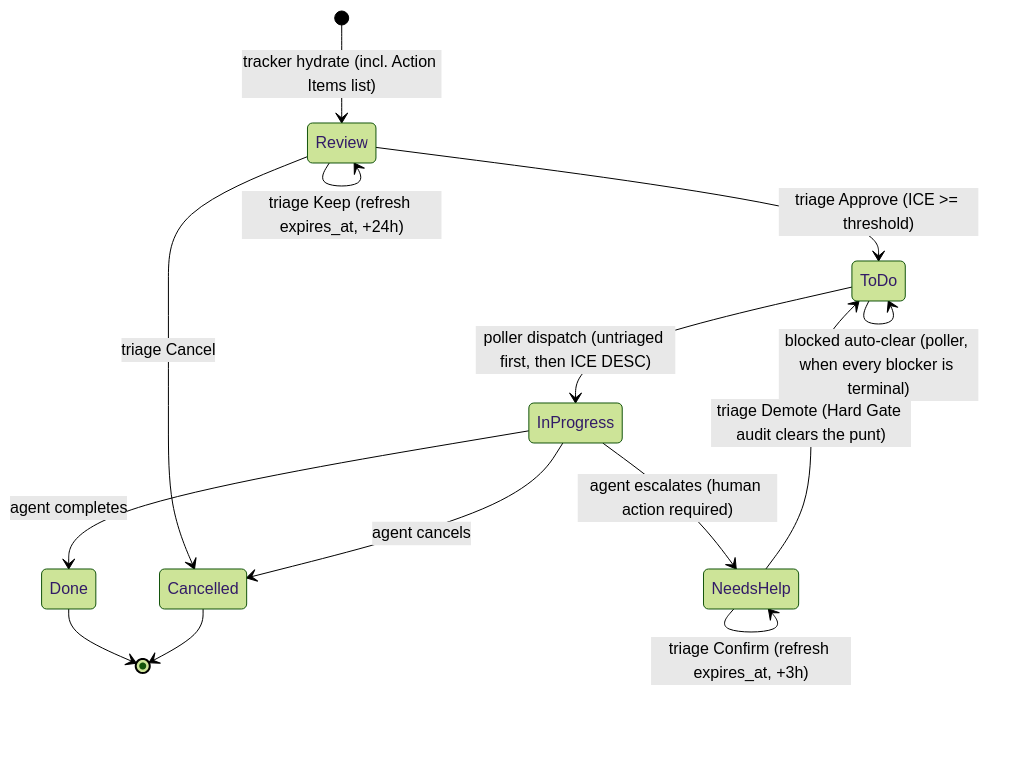
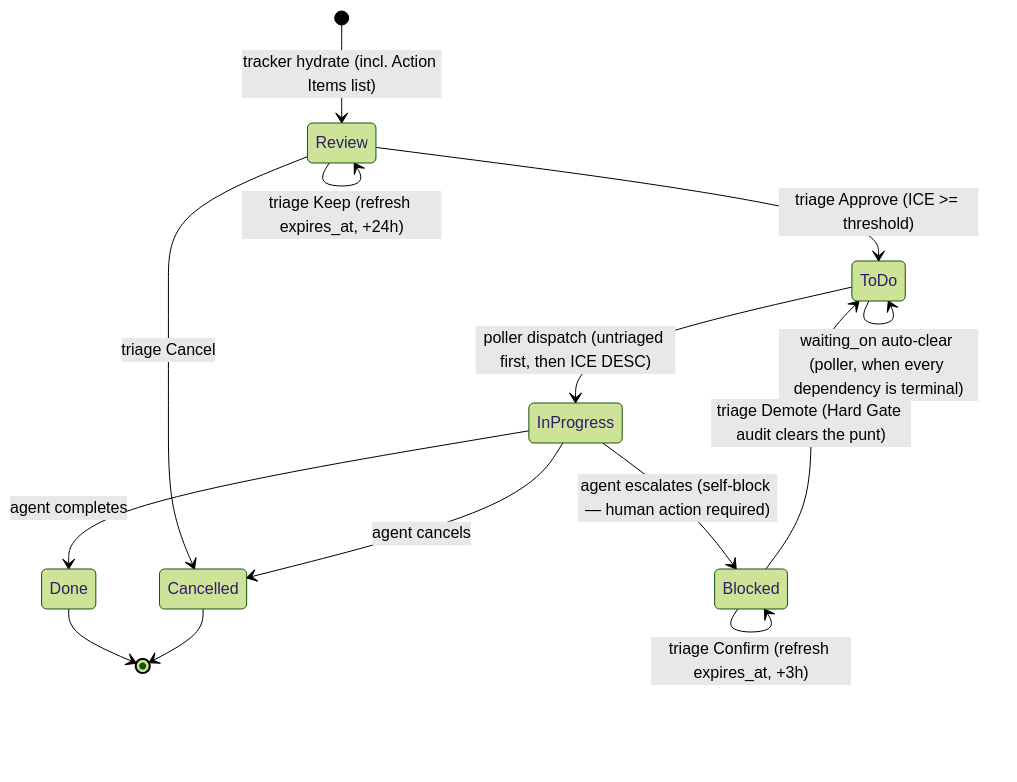
The diagram in issues/skills/issue-card-workflow/SKILL.md (newms87/claude-plugins), drawn with Mermaid (forest theme) before and after one commit. The commit also changed other lines of this file and 10 other files, not shown here.

````diff
--- a/issues/skills/issue-card-workflow/SKILL.md
+++ b/issues/skills/issue-card-workflow/SKILL.md
@@ -91,16 +92,16 @@
 ```mermaid
 stateDiagram-v2
     [*] --> Review: tracker hydrate (incl. Action Items list)
     Review --> ToDo: triage Approve (ICE >= threshold)
     Review --> Cancelled: triage Cancel
     Review --> Review: triage Keep (refresh expires_at, +24h)
     ToDo --> InProgress: poller dispatch (untriaged first, then ICE DESC)
-    InProgress --> NeedsHelp: agent escalates (human action required)
+    InProgress --> Blocked: agent escalates (self-block — human action required)
     InProgress --> Done: agent completes
     InProgress --> Cancelled: agent cancels
-    NeedsHelp --> ToDo: triage Demote (Hard Gate audit clears the punt)
-    NeedsHelp --> NeedsHelp: triage Confirm (refresh expires_at, +3h)
-    ToDo --> ToDo: blocked auto-clear (poller, when every blocker is terminal)
+    Blocked --> ToDo: triage Demote (Hard Gate audit clears the punt)
+    Blocked --> Blocked: triage Confirm (refresh expires_at, +3h)
+    ToDo --> ToDo: waiting_on auto-clear (poller, when every dependency is terminal)
     Done --> [*]
     Cancelled --> [*]
 ```
````
